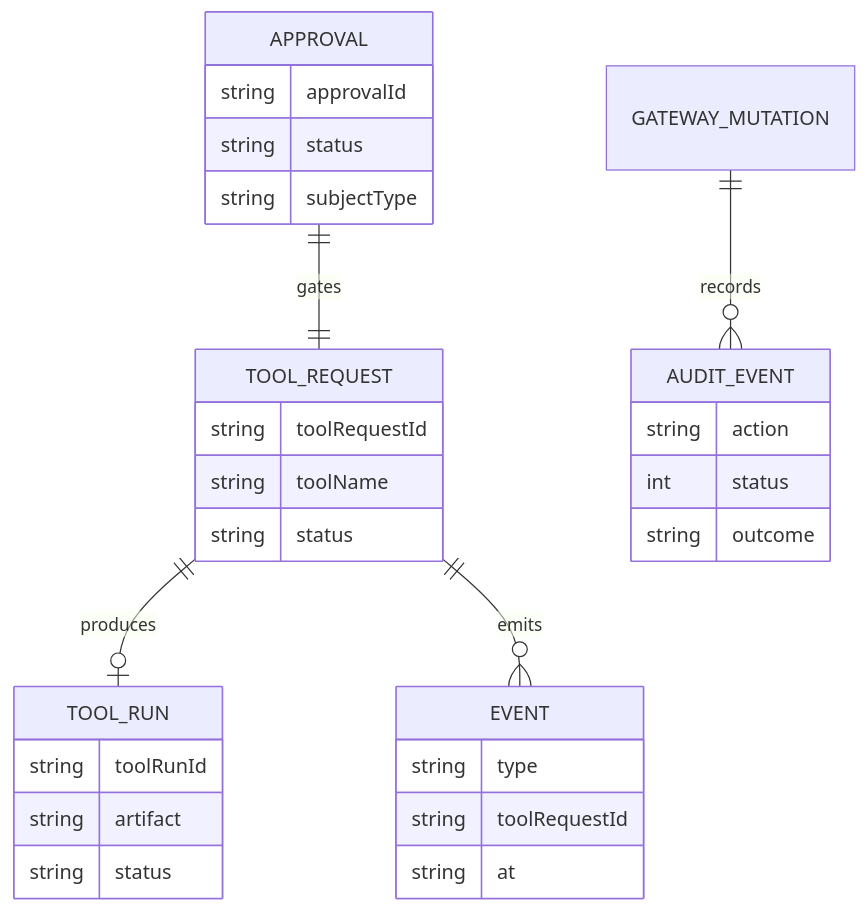
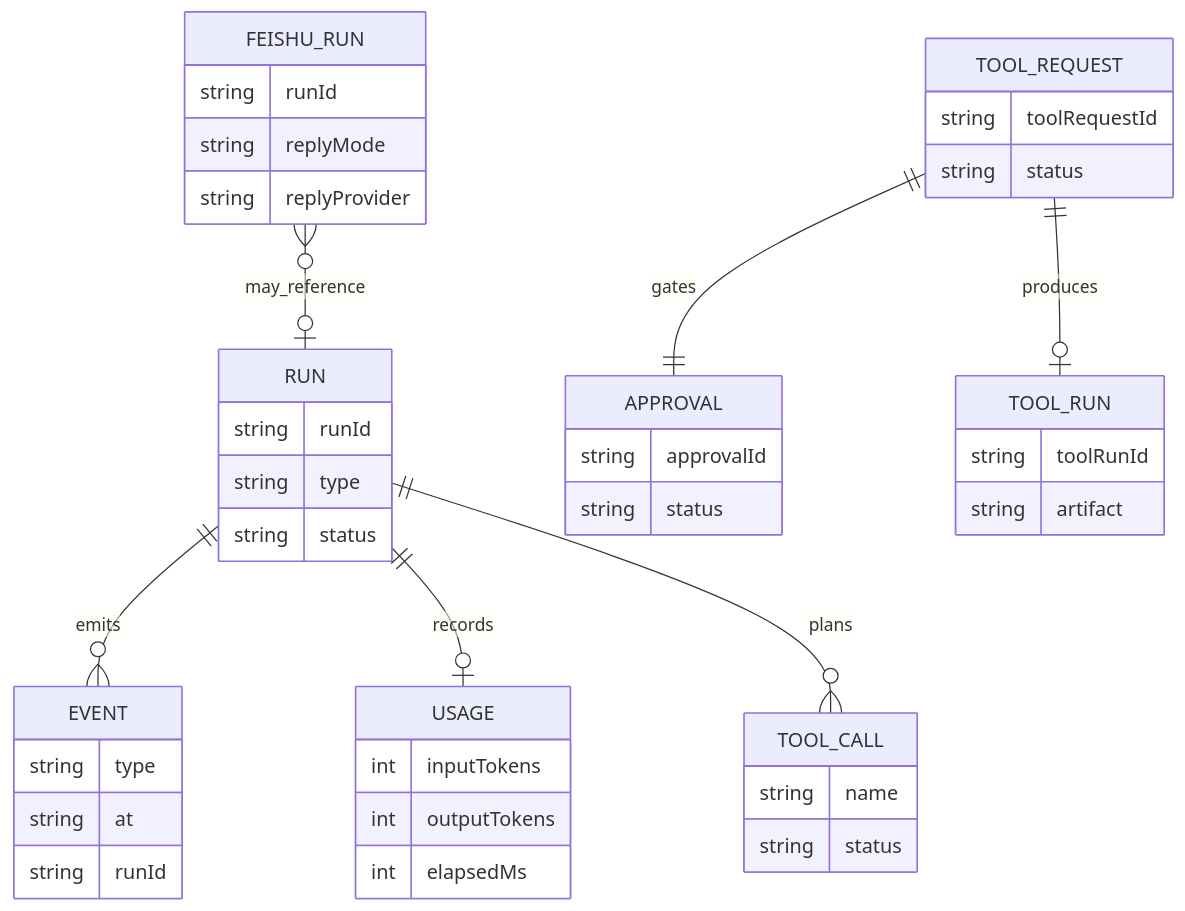
One commit to mayf3/myclaw changed the seventh of 9 diagrams in docs/implementation-architecture.md. Above: the diagram before and after it, drawn with Mermaid. The commit also changed other lines of this file and 41 other files, not shown here.

````diff
--- a/docs/implementation-architecture.md
+++ b/docs/implementation-architecture.md
@@ -242,13 +191,18 @@
 ```mermaid
 erDiagram
-  APPROVAL ||--|| TOOL_REQUEST : gates
+  RUN ||--o{ EVENT : emits
+  RUN ||--o| USAGE : records
+  RUN ||--o{ TOOL_CALL : plans
+  FEISHU_RUN }o--o| RUN : may_reference
+  TOOL_REQUEST ||--|| APPROVAL : gates
   TOOL_REQUEST ||--o| TOOL_RUN : produces
-  TOOL_REQUEST ||--o{ EVENT : emits
-  GATEWAY_MUTATION ||--o{ AUDIT_EVENT : records
 
-  APPROVAL { string approvalId string status string subjectType }
-  TOOL_REQUEST { string toolRequestId string toolName string status }
-  TOOL_RUN { string toolRunId string artifact string status }
-  EVENT { string type string toolRequestId string at }
-  AUDIT_EVENT { string action int status string outcome }
+  RUN { string runId string type string status }
+  EVENT { string type string at string runId }
+  USAGE { int inputTokens int outputTokens int elapsedMs }
+  TOOL_CALL { string name string status }
+  FEISHU_RUN { string runId string replyMode string replyProvider }
+  TOOL_REQUEST { string toolRequestId string status }
+  APPROVAL { string approvalId string status }
+  TOOL_RUN { string toolRunId string artifact }
 ```
````
